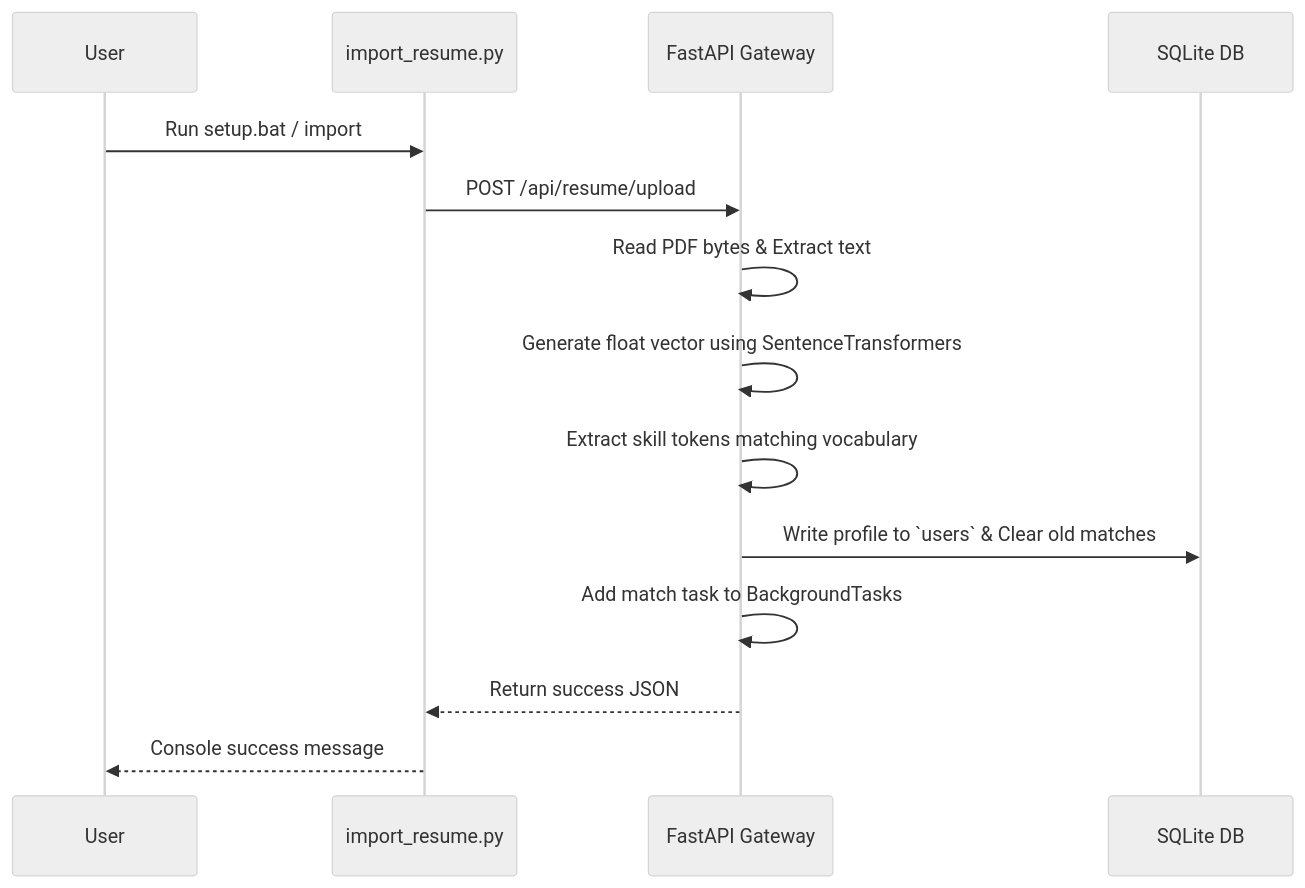
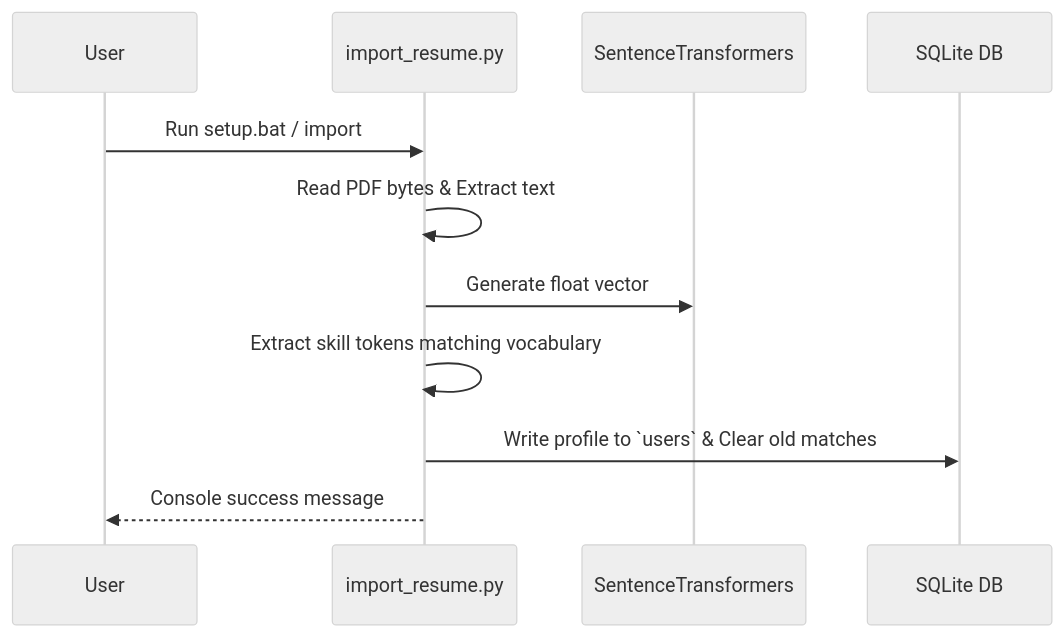
One commit to sourcecode6/ai-job-scraper changed the second of 3 diagrams in architecture.md. Above: the diagram before and after it, drawn with Mermaid (neutral theme). The commit also changed other lines of this file and 9 other files, not shown here.

````diff
--- a/architecture.md
+++ b/architecture.md
@@ -159,17 +163,14 @@
 ```mermaid
 sequenceDiagram
     participant User
     participant import_resume.py
-    participant API as FastAPI Gateway
+    participant Model as SentenceTransformers
     participant DB as SQLite DB
     
     User->>import_resume.py: Run setup.bat / import
-    import_resume.py->>API: POST /api/resume/upload
-    API->>API: Read PDF bytes & Extract text
-    API->>API: Generate float vector using SentenceTransformers
-    API->>API: Extract skill tokens matching vocabulary
-    API->>DB: Write profile to `users` & Clear old matches
-    API->>API: Add match task to BackgroundTasks
-    API-->>import_resume.py: Return success JSON
+    import_resume.py->>import_resume.py: Read PDF bytes & Extract text
+    import_resume.py->>Model: Generate float vector
+    import_resume.py->>import_resume.py: Extract skill tokens matching vocabulary
+    import_resume.py->>DB: Write profile to `users` & Clear old matches
     import_resume.py-->>User: Console success message
 ```
````
